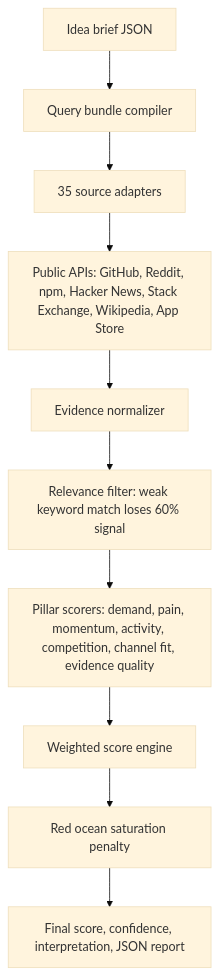
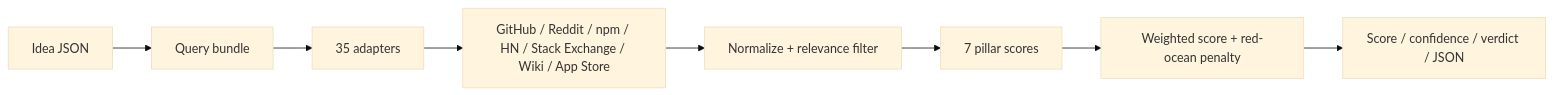
The diagram in README.md (adityachauhan0/impact-compass), drawn with Mermaid (base theme) before and after one commit. The commit also changed 1 other file, not shown here.

Commit message:
docs: refresh readme hero and pipeline diagram

````diff
--- a/README.md
+++ b/README.md
@@ -34,12 +34,10 @@
 ```mermaid
-flowchart TD
-  A["Idea brief JSON"] --> B["Query bundle compiler"]
-  B --> C["35 source adapters"]
-  C --> D["Public APIs: GitHub, Reddit, npm, Hacker News, Stack Exchange, Wikipedia, App Store"]
-  D --> E["Evidence normalizer"]
-  E --> F["Relevance filter: weak keyword match loses 60% signal"]
-  F --> G["Pillar scorers: demand, pain, momentum, activity, competition, channel fit, evidence quality"]
-  G --> H["Weighted score engine"]
-  H --> I["Red ocean saturation penalty"]
-  I --> J["Final score, confidence, interpretation, JSON report"]
+flowchart LR
+  A["Idea JSON"] --> B["Query bundle"]
+  B --> C["35 adapters"]
+  C --> D["GitHub / Reddit / npm / HN / Stack Exchange / Wiki / App Store"]
+  D --> E["Normalize + relevance filter"]
+  E --> F["7 pillar scores"]
+  F --> G["Weighted score + red-ocean penalty"]
+  G --> H["Score / confidence / verdict / JSON"]
 ```
````
